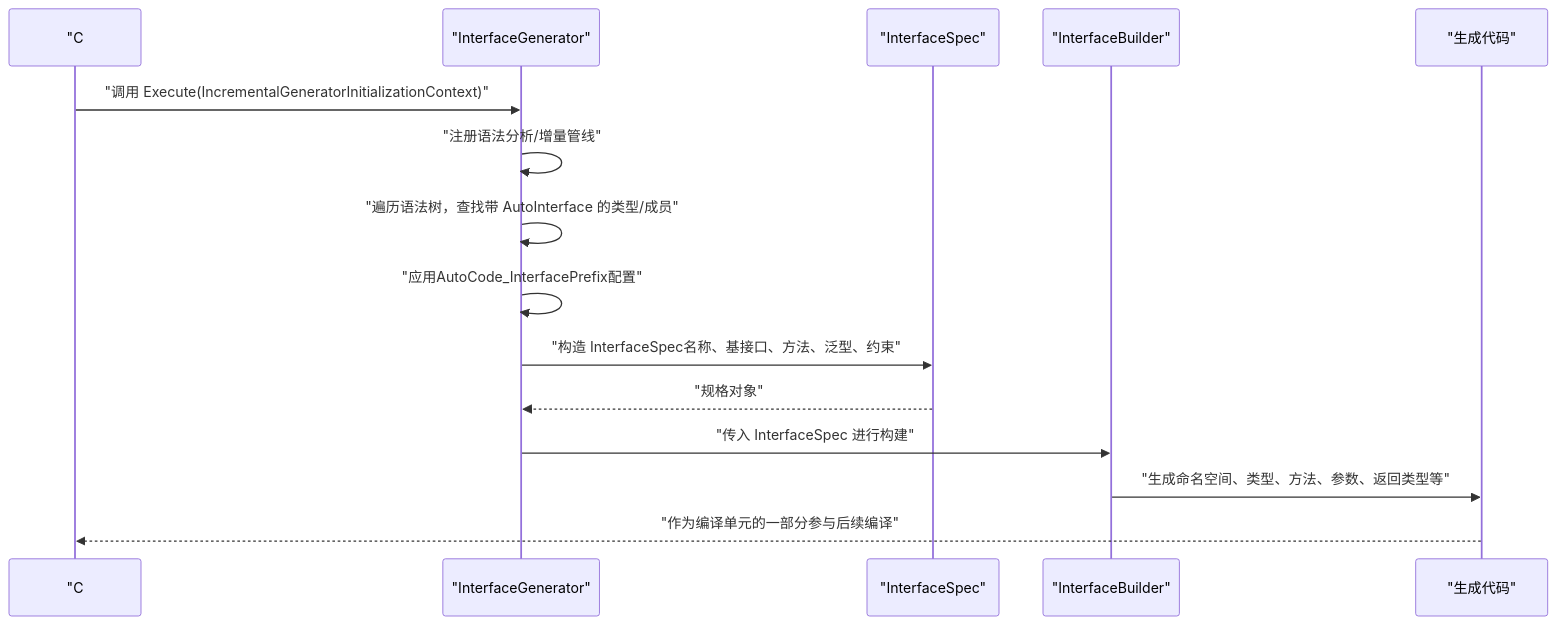
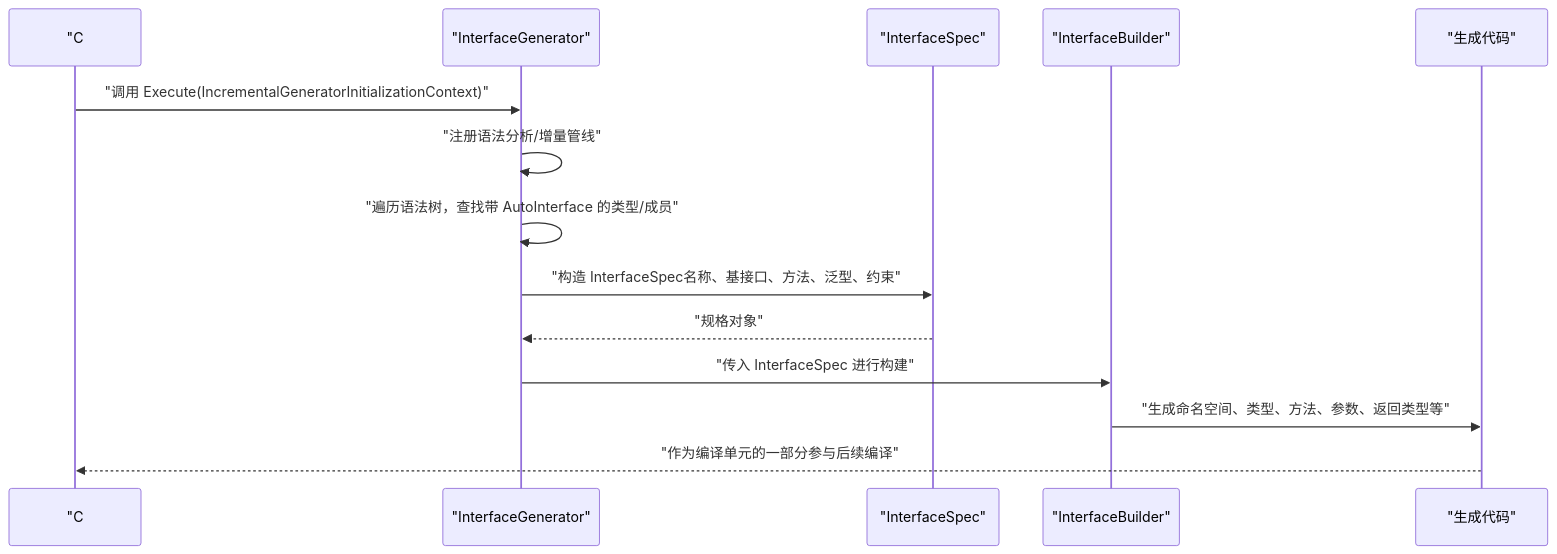
Before and after one commit to alivy/AutoCode: the second of 3 diagrams in .qoder/repowiki/zh/content/源代码生成器/接口生成器.md, drawn with Mermaid. The commit also changed other lines of this file and 152 other files, not shown here.

````diff
--- a/.qoder/repowiki/zh/content/源代码生成器/接口生成器.md
+++ b/.qoder/repowiki/zh/content/源代码生成器/接口生成器.md
@@ -128,17 +121,16 @@
 ```mermaid
 sequenceDiagram
 participant Compiler as "C# 编译器"
 participant Generator as "InterfaceGenerator"
 participant Spec as "InterfaceSpec"
 participant Builder as "InterfaceBuilder"
 participant Output as "生成代码"
 Compiler->>Generator : "调用 Execute(IncrementalGeneratorInitializationContext)"
 Generator->>Generator : "注册语法分析/增量管线"
 Generator->>Generator : "遍历语法树，查找带 AutoInterface 的类型/成员"
-Generator->>Generator : "应用AutoCode_InterfacePrefix配置"
 Generator->>Spec : "构造 InterfaceSpec名称、基接口、方法、泛型、约束"
 Spec-->>Generator : "规格对象"
 Generator->>Builder : "传入 InterfaceSpec 进行构建"
 Builder->>Output : "生成命名空间、类型、方法、参数、返回类型等"
 Output-->>Compiler : "作为编译单元的一部分参与后续编译"
 ```
````
